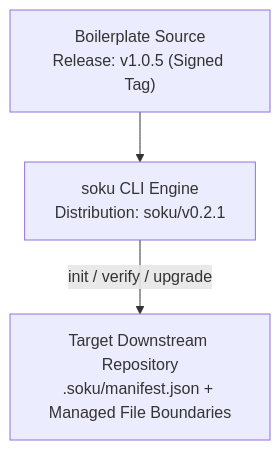
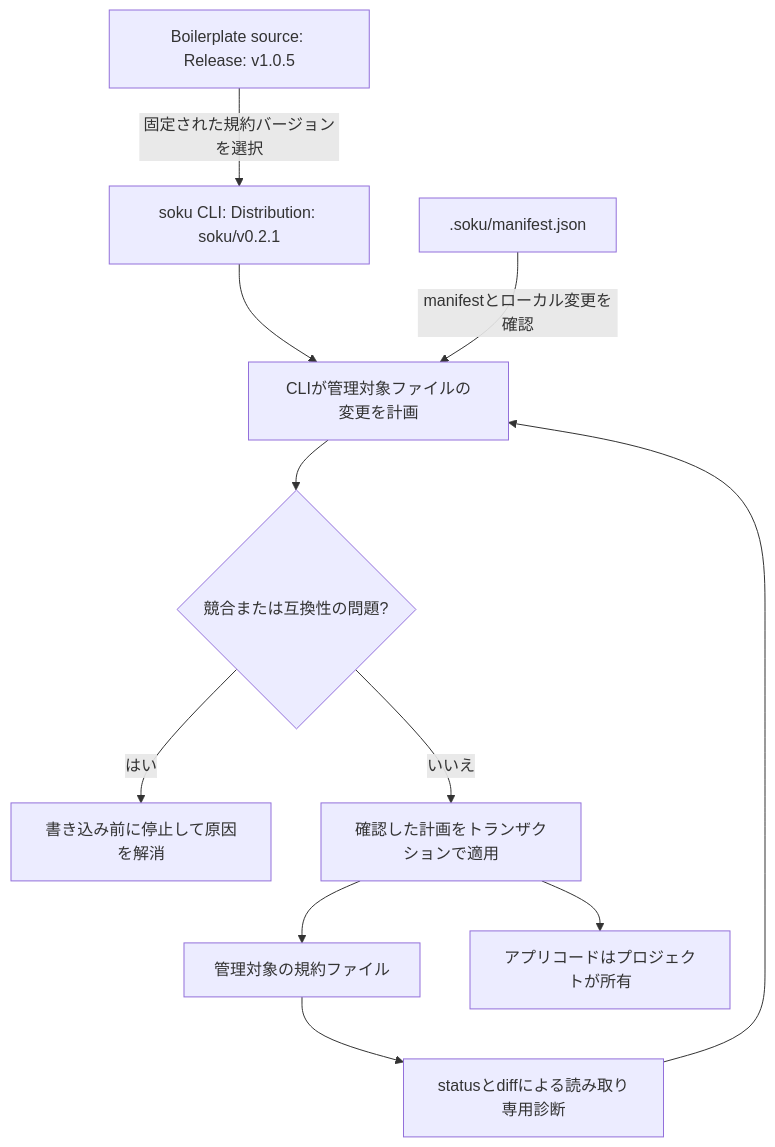
One commit to Soku-JINSEOK/Soku-Convention-Boilerplate changed the diagram in README.ja.md. Above: the diagram before and after it, drawn with Mermaid. The commit also changed other lines of this file and 118 other files, not shown here.

First line of the commit message:
📚 docs(readability): explain every document and expand flow diagrams

````diff
--- a/README.ja.md
+++ b/README.ja.md
@@ -103,9 +109,13 @@
 ```mermaid
-flowchart TB
-    BP["Boilerplate Source<br/>Release: v1.0.5 (Signed Tag)"]
-    CLI["soku CLI Engine<br/>Distribution: soku/v0.2.1"]
-    Repo["Target Downstream Repository<br/>.soku/manifest.json + Managed File Boundaries"]
-
-    BP --> CLI
-    CLI -->|init / verify / upgrade| Repo
+flowchart TD
+  source["Boilerplate source: Release: v1.0.5"] -->|"固定された規約バージョンを選択"| engine["soku CLI: Distribution: soku/v0.2.1"]
+  engine --> plan["CLIが管理対象ファイルの変更を計画"]
+  manifest[".soku/manifest.json"] -->|"manifestとローカル変更を確認"| plan
+  plan --> conflict{"競合または互換性の問題?"}
+  conflict -->|"はい"| stopNode["書き込み前に停止して原因を解消"]
+  conflict -->|"いいえ"| apply["確認した計画をトランザクションで適用"]
+  apply --> owned["管理対象の規約ファイル"]
+  apply --> state["アプリコードはプロジェクトが所有"]
+  owned --> inspect["statusとdiffによる読み取り専用診断"]
+  inspect --> plan
 ```
````
